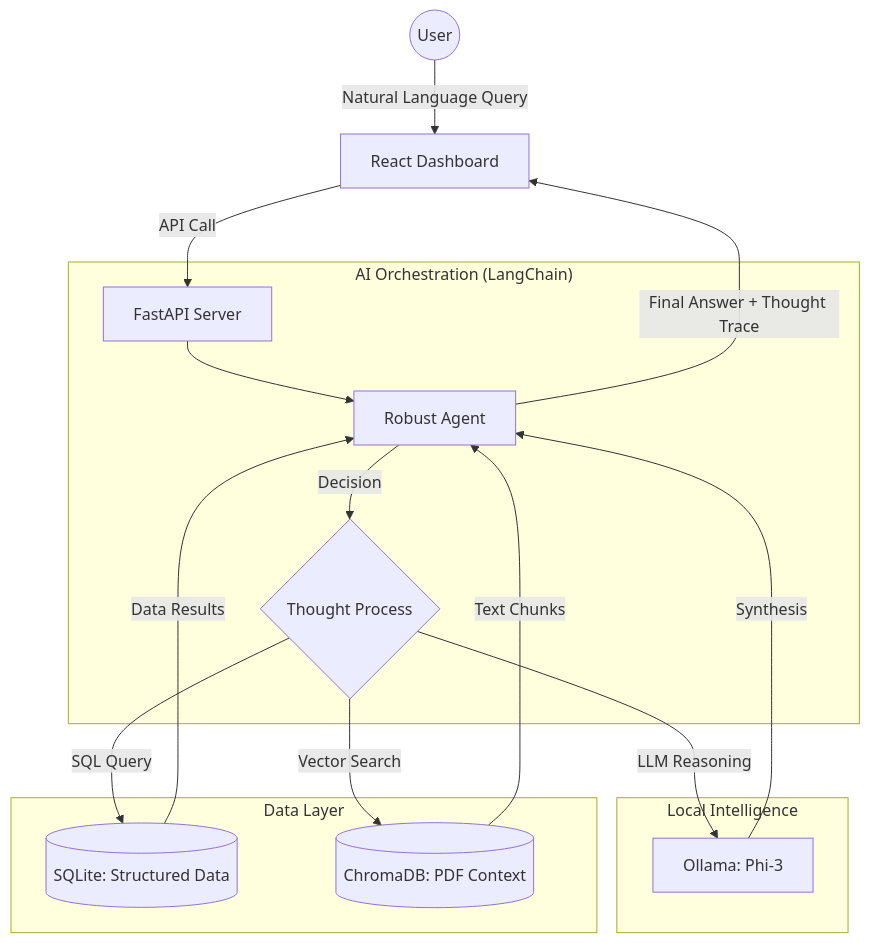
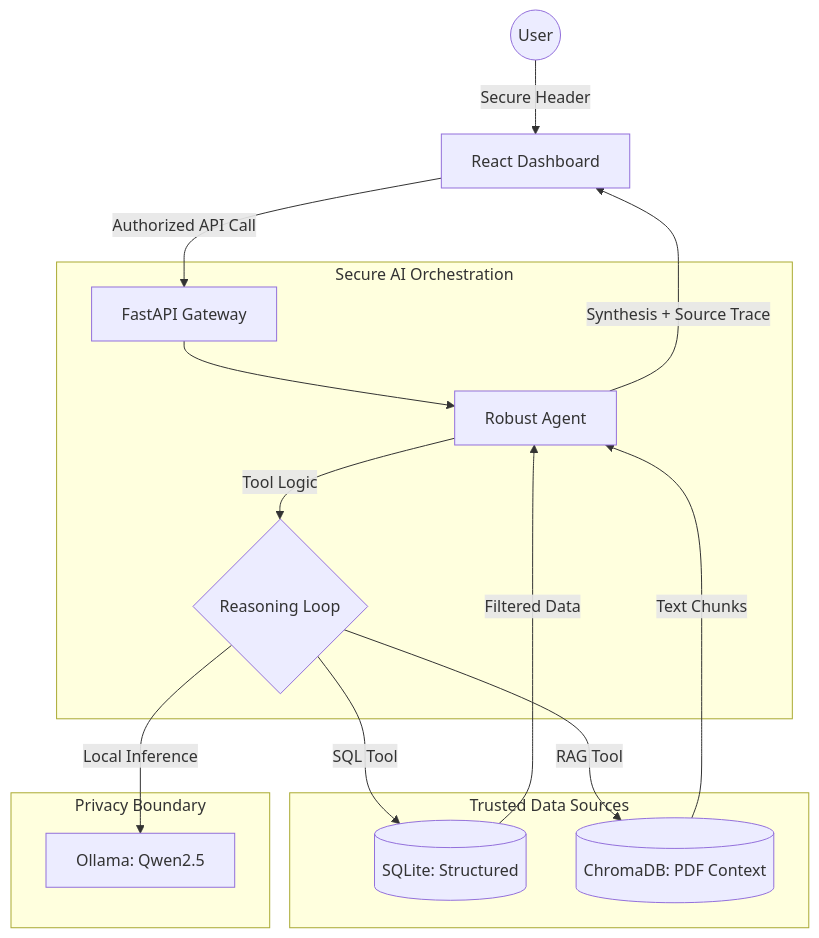
Before and after one commit to shubhamsavarn/Stratis-Assistant: the diagram in README.md, drawn with Mermaid. The commit also changed other lines of this file and 8 other files, not shown here.

````diff
--- a/README.md
+++ b/README.md
@@ -15,24 +14,23 @@
 ```mermaid
 graph TD
-    User((User)) -->|Natural Language Query| Frontend[React Dashboard]
-    Frontend -->|API Call| Backend[FastAPI Server]
+    User((User)) -->|Secure Header| Frontend[React Dashboard]
+    Frontend -->|Authorized API Call| Backend[FastAPI Gateway]
     
-    subgraph "AI Orchestration (LangChain)"
+    subgraph "Secure AI Orchestration"
         Backend --> Agent[Robust Agent]
-        Agent -->|Decision| Router{Thought Process}
+        Agent -->|Tool Logic| Router{Reasoning Loop}
     end
     
-    subgraph "Local Intelligence"
-        Router -->|LLM Reasoning| Ollama[Ollama: Phi-3]
+    subgraph "Trusted Data Sources"
+        Router -->|SQL Tool| SQLite[(SQLite: Structured)]
+        Router -->|RAG Tool| Chroma[(ChromaDB: PDF Context)]
     end
     
-    subgraph "Data Layer"
-        Router -->|SQL Query| SQLite[(SQLite: Structured Data)]
-        Router -->|Vector Search| Chroma[(ChromaDB: PDF Context)]
+    subgraph "Privacy Boundary"
+        Router -->|Local Inference| Ollama[Ollama: Qwen2.5]
     end
     
-    SQLite -->|Data Results| Agent
+    SQLite -->|Filtered Data| Agent
     Chroma -->|Text Chunks| Agent
-    Ollama -->|Synthesis| Agent
-    Agent -->|Final Answer + Thought Trace| Frontend
+    Agent -->|Synthesis + Source Trace| Frontend
 ```
````
